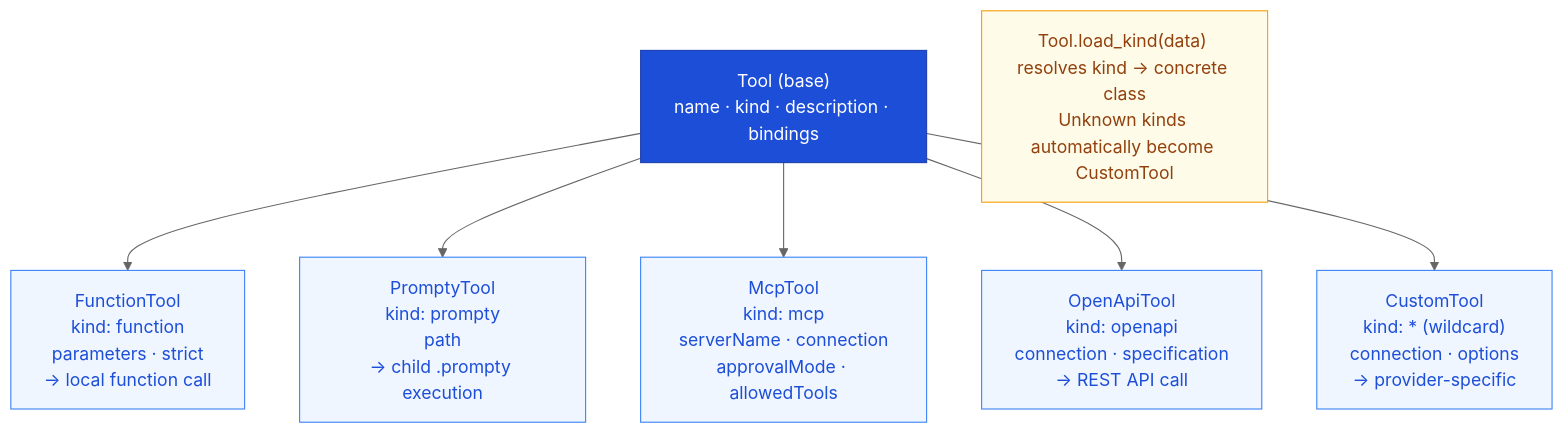
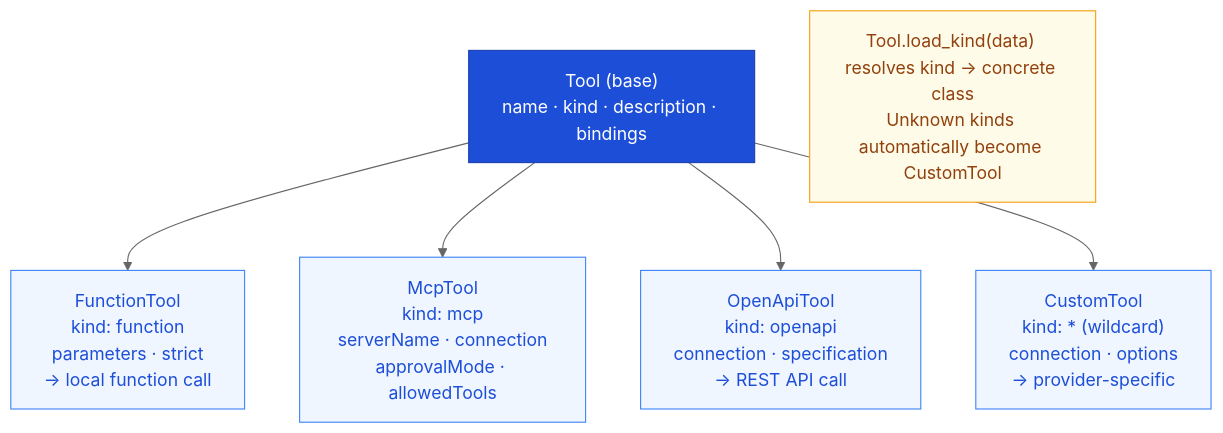
Before and after one commit to microsoft/prompty: the diagram in web/src/content/docs/core-concepts/tools.mdx, drawn with Mermaid (neutral theme). The commit also changed other lines of this file and 75 other files, not shown here.

First line of the commit message:
Remove PromptyTool and restore cross-runtime parity (#483)

````diff
--- a/web/src/content/docs/core-concepts/tools.mdx
+++ b/web/src/content/docs/core-concepts/tools.mdx
@@ -39,19 +39,17 @@
 ```mermaid
 flowchart TD
     Tool["Tool (base)\nname · kind · description · bindings"]
     Tool --> FunctionTool["FunctionTool\nkind: function\nparameters · strict\n→ local function call"]
-    Tool --> PromptyTool["PromptyTool\nkind: prompty\npath\n→ child .prompty execution"]
     Tool --> McpTool["McpTool\nkind: mcp\nserverName · connection\napprovalMode · allowedTools"]
     Tool --> OpenApiTool["OpenApiTool\nkind: openapi\nconnection · specification\n→ REST API call"]
     Tool --> CustomTool["CustomTool\nkind: * (wildcard)\nconnection · options\n→ provider-specific"]
 
     Dispatch["Tool.load_kind(data) resolves kind → concrete class\nUnknown kinds automatically become CustomTool"]
 
     style Tool fill:#1d4ed8,stroke:#1e40af,color:#fff
     style FunctionTool fill:#eff6ff,stroke:#3b82f6,color:#1d4ed8
-    style PromptyTool fill:#eff6ff,stroke:#3b82f6,color:#1d4ed8
     style McpTool fill:#eff6ff,stroke:#3b82f6,color:#1d4ed8
     style OpenApiTool fill:#eff6ff,stroke:#3b82f6,color:#1d4ed8
     style CustomTool fill:#eff6ff,stroke:#3b82f6,color:#1d4ed8
     style Dispatch fill:#fefce8,stroke:#f59e0b,color:#92400e
 ```
````
